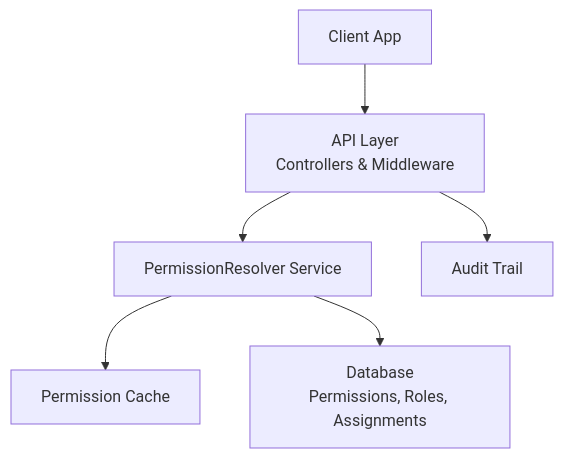
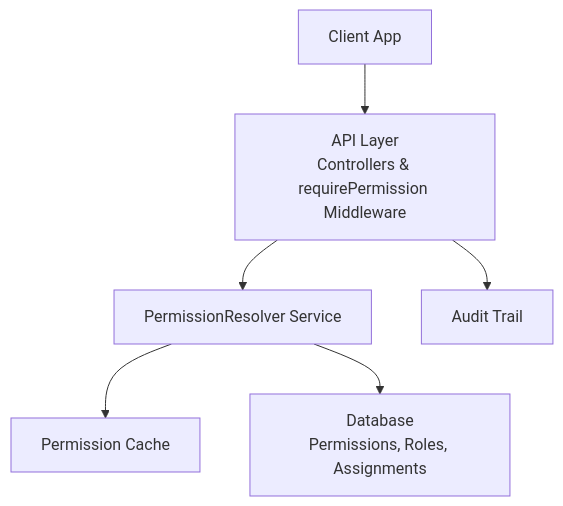
One commit to franckylab/eLISAschool changed the second of 5 diagrams in .qoder/repowiki/en/content/Core Systems/Authentication & Authorization/Role-Based Access Control (RBAC)/Permissions System.md. Above: the diagram before and after it, drawn with Mermaid. The commit also changed other lines of this file and 134 other files, not shown here.

````diff
--- a/.qoder/repowiki/en/content/Core Systems/Authentication & Authorization/Role-Based Access Control (RBAC)/Permissions System.md
+++ b/.qoder/repowiki/en/content/Core Systems/Authentication & Authorization/Role-Based Access Control (RBAC)/Permissions System.md
@@ -199,14 +208,14 @@
 ```mermaid
 graph TB
 Client["Client App"]
-API["API Layer<br/>Controllers & Middleware"]
+API["API Layer<br/>Controllers & requirePermission Middleware"]
 Resolver["PermissionResolver Service"]
 Cache["Permission Cache"]
 DB["Database<br/>Permissions, Roles, Assignments"]
 Audit["Audit Trail"]
 Client --> API
 API --> Resolver
 Resolver --> Cache
 Resolver --> DB
 API --> Audit
 ```
````
